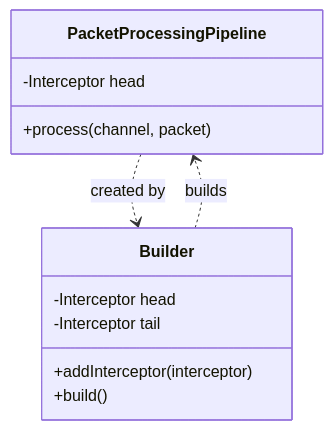
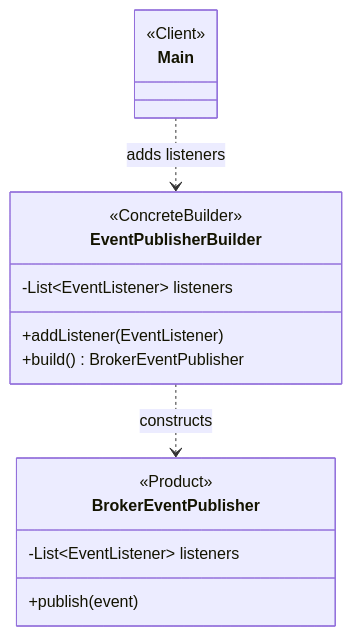
Before and after one commit to karolbystrek/mqtt-broker: diagram 11 of 14 in README.md, drawn with Mermaid. The commit also changed other lines of this file, not shown here.

````diff
--- a/README.md
+++ b/README.md
@@ -409,16 +662,24 @@
 ```mermaid
 classDiagram
-    class PacketProcessingPipeline {
-        -Interceptor head
-        +process(channel, packet)
+    %% --- Participants ---
+    class EventPublisherBuilder {
+        <<ConcreteBuilder>>
+        -List~EventListener~ listeners
+        +addListener(EventListener)
+        +build() BrokerEventPublisher
     }
-    class Builder {
-        -Interceptor head
-        -Interceptor tail
-        +addInterceptor(interceptor)
-        +build()
+
+    class BrokerEventPublisher {
+        <<Product>>
+        -List~EventListener~ listeners
+        +publish(event)
     }
-    
-    PacketProcessingPipeline ..> Builder : created by
-    Builder ..> PacketProcessingPipeline : builds
+
+    class Main {
+        <<Client>>
+    }
+
+    %% --- Relationships ---
+    Main ..> EventPublisherBuilder : adds listeners
+    EventPublisherBuilder ..> BrokerEventPublisher : constructs
 ```
````
